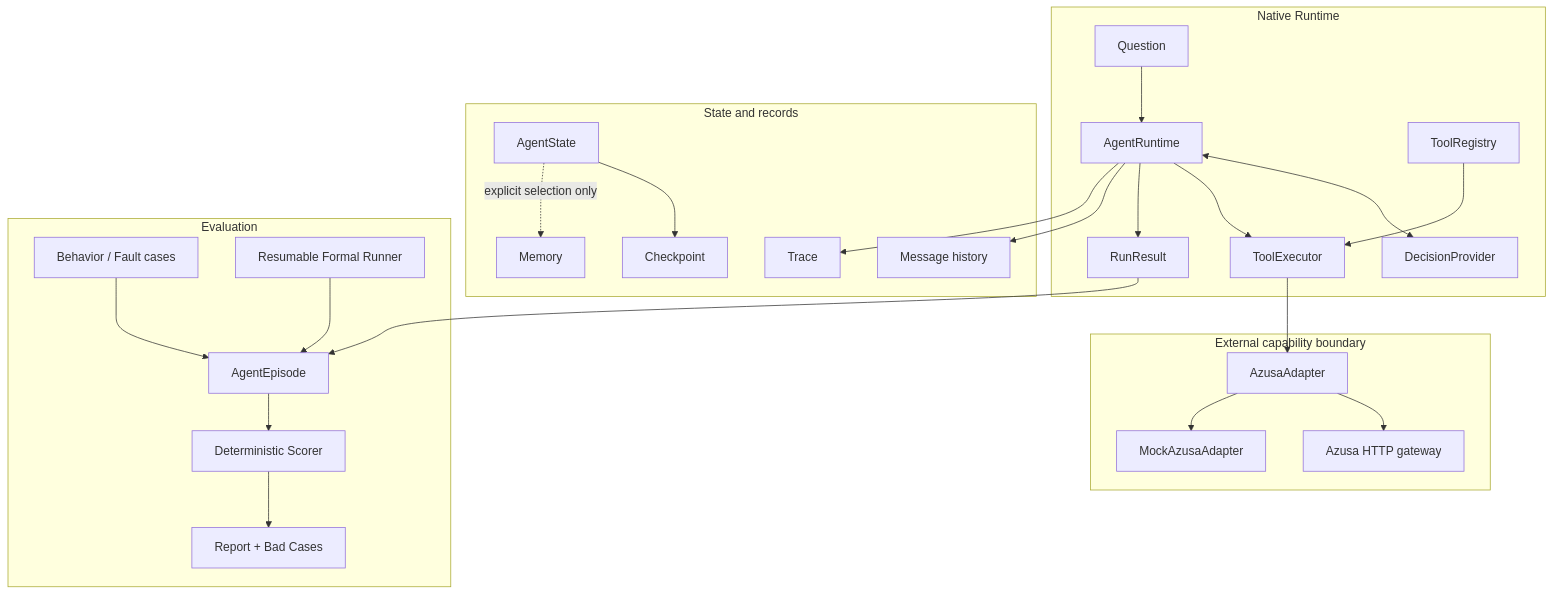
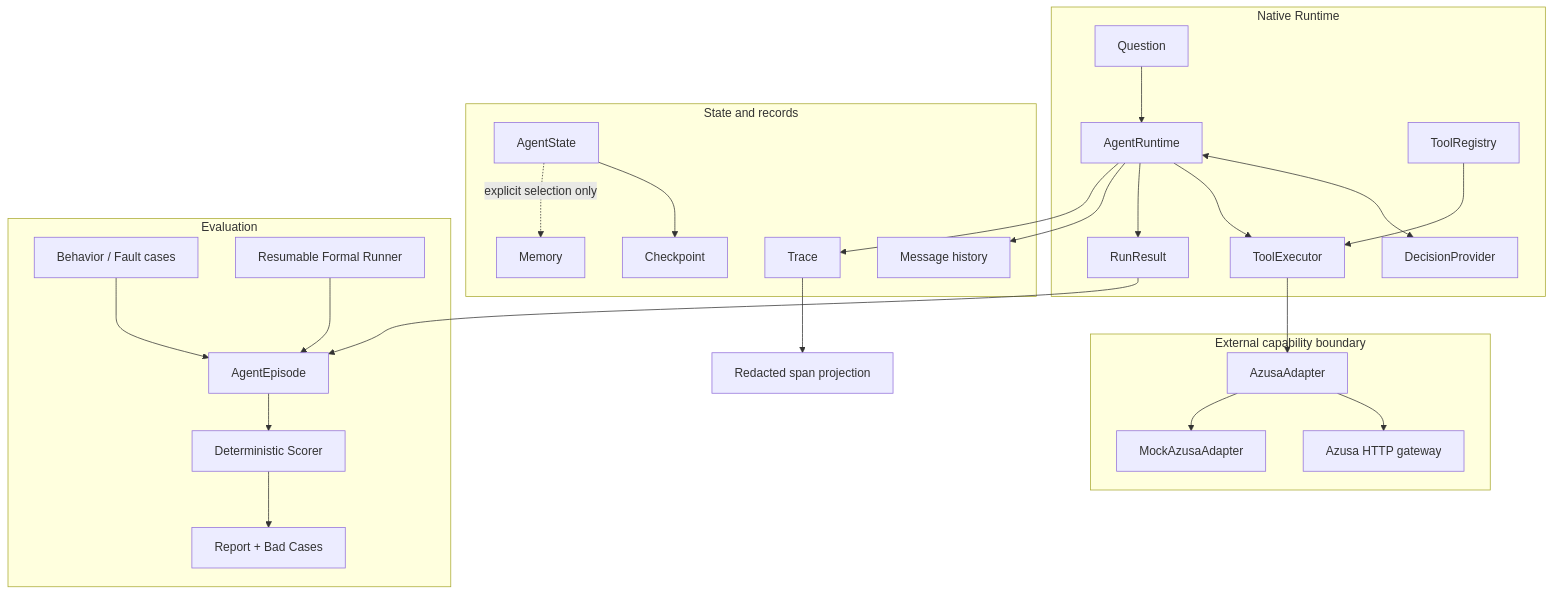
The first of 5 diagrams in docs/portfolio/architecture.md (Gianna-Lynn/Kaiji), drawn with Mermaid before and after one commit. The commit also changed other lines of this file and 19 other files, not shown here.

````diff
--- a/docs/portfolio/architecture.md
+++ b/docs/portfolio/architecture.md
@@ -8,49 +8,50 @@
 ```mermaid
 flowchart TB
     subgraph Runtime[Native Runtime]
         Q[Question]
         DP[DecisionProvider]
         AR[AgentRuntime]
         TR[ToolRegistry]
         TE[ToolExecutor]
         RR[RunResult]
         Q --> AR
         AR <--> DP
         AR --> TE
         TR --> TE
         AR --> RR
     end
 
     subgraph Boundary[External capability boundary]
         AZ[AzusaAdapter]
         HTTP[Azusa HTTP gateway]
         MOCK[MockAzusaAdapter]
         TE --> AZ
         AZ --> HTTP
         AZ --> MOCK
     end
 
     subgraph State[State and records]
         MSG[Message history]
         AS[AgentState]
         CP[Checkpoint]
         MEM[Memory]
         TRACE[Trace]
     end
 
     subgraph Eval[Evaluation]
         CASE[Behavior / Fault cases]
         EP[AgentEpisode]
         SCORE[Deterministic Scorer]
         REPORT[Report + Bad Cases]
         FORMAL[Resumable Formal Runner]
         CASE --> EP --> SCORE --> REPORT
         FORMAL --> EP
     end
 
     AR --> MSG
     AR --> TRACE
+    TRACE --> SPAN[Redacted span projection]
     RR --> EP
     AS --> CP
     AS -. explicit selection only .-> MEM
 ```
````
